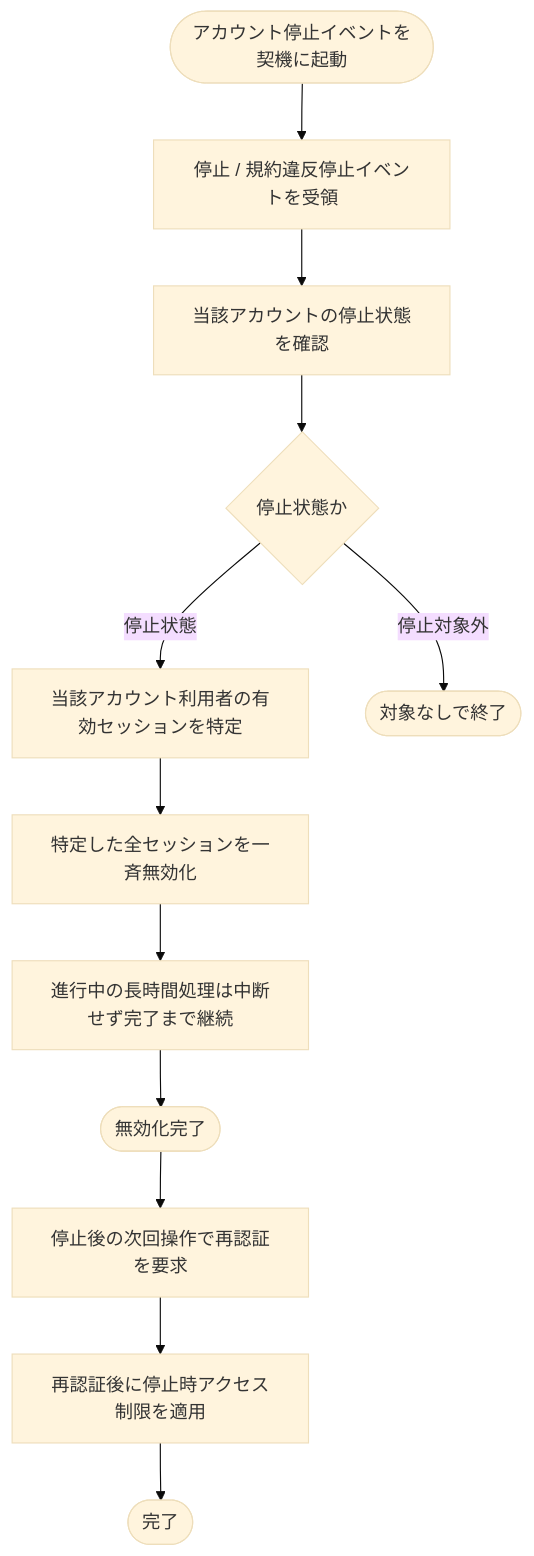
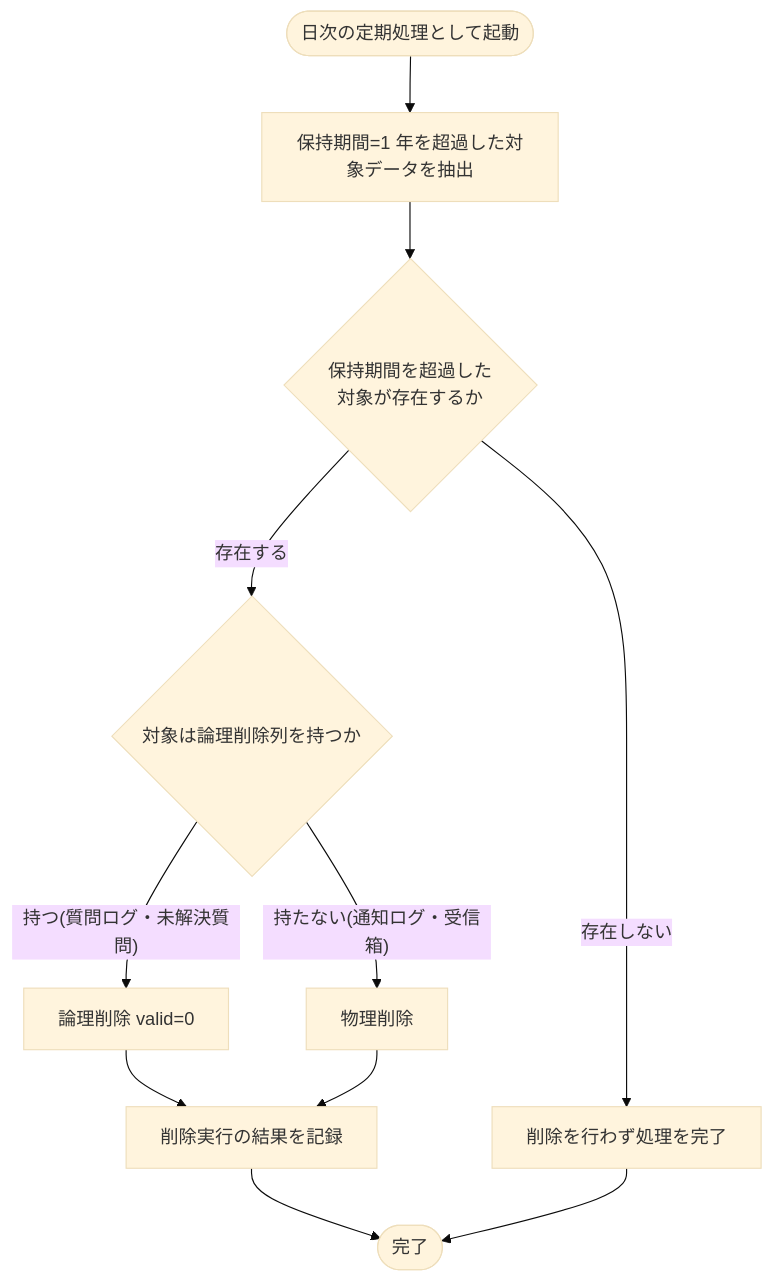
The diagram in 02_basic_design/02_backend/01_system/SYS-032.md (sikakou54/open-faq), drawn with Mermaid (base theme) before and after one commit. The commit also changed other lines of this file and 395 other files, not shown here.

````diff
--- a/02_basic_design/02_backend/01_system/SYS-032.md
+++ b/02_basic_design/02_backend/01_system/SYS-032.md
@@ -26,14 +38,13 @@
 ```mermaid
 flowchart TB
-  S([アカウント停止イベントを契機に起動]) --> A[停止 / 規約違反停止イベントを受領]
-  A --> B[当該アカウントの停止状態を確認]
-  B --> C{停止状態か}
-  C -- 停止状態 --> D[当該アカウント利用者の有効セッションを特定]
-  D --> E[特定した全セッションを一斉無効化]
-  E --> F[進行中の長時間処理は中断せず完了まで継続]
-  F --> G([無効化完了])
-  C -- 停止対象外 --> H([対象なしで終了])
-  G --> I[停止後の次回操作で再認証を要求]
-  I --> J[再認証後に停止時アクセス制限を適用]
-  J --> K([完了])
+  S([日次の定期処理として起動]) --> A[保持期間=1 年を超過した対象データを抽出]
+  A --> B{保持期間を超過した<br/>対象が存在するか}
+  B -- 存在する --> C{対象は論理削除列を持つか}
+  C -- 持つ(質問ログ・未解決質問) --> D[論理削除 valid=0]
+  C -- 持たない(通知ログ・受信箱) --> E[物理削除]
+  D --> F[削除実行の結果を記録]
+  E --> F
+  F --> G([完了])
+  B -- 存在しない --> H[削除を行わず処理を完了]
+  H --> G
 ```
````
